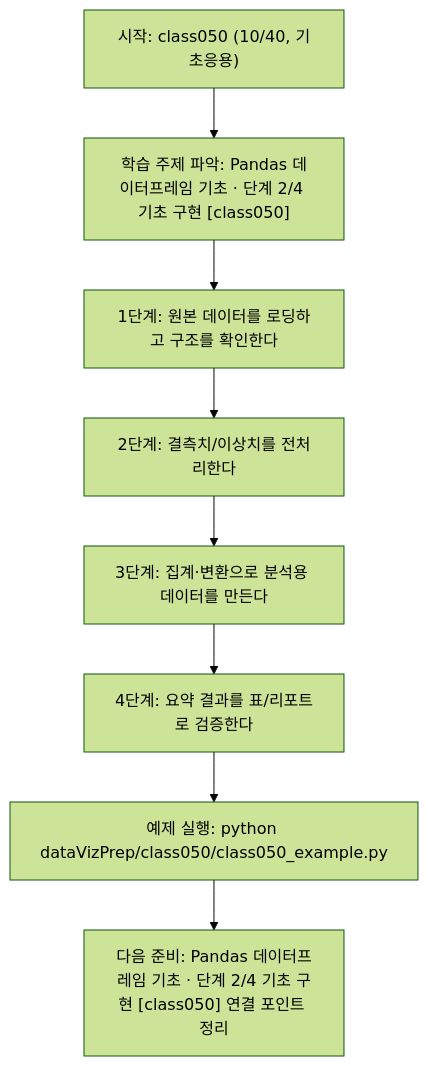
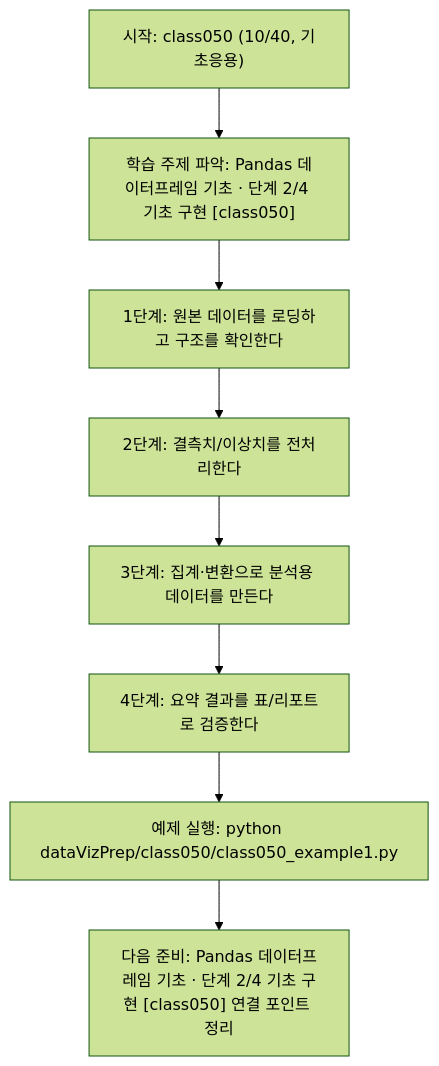
Before and after one commit to edumgt/Python-AI_Agent-Class: the diagram in dataVizPrep/class050/class050.md, drawn with Mermaid (forest theme). The commit also changed other lines of this file and 2959 other files, not shown here.

````diff
--- a/dataVizPrep/class050/class050.md
+++ b/dataVizPrep/class050/class050.md
@@ -111,18 +111,18 @@
 ```mermaid
 flowchart TD
 N1["시작: class050 (10/40, 기초응용)"]
 N2["학습 주제 파악: Pandas 데이터프레임 기초 · 단계 2/4 기초 구현 [class050]"]
 N3["1단계: 원본 데이터를 로딩하고 구조를 확인한다"]
 N4["2단계: 결측치/이상치를 전처리한다"]
 N5["3단계: 집계·변환으로 분석용 데이터를 만든다"]
 N6["4단계: 요약 결과를 표/리포트로 검증한다"]
-N7["예제 실행: python dataVizPrep/class050/class050_example.py"]
+N7["예제 실행: python dataVizPrep/class050/class050_example1.py"]
 N8["다음 준비: Pandas 데이터프레임 기초 · 단계 2/4 기초 구현 [class050] 연결 포인트 정리"]
 N1 --> N2
 N2 --> N3
 N3 --> N4
 N4 --> N5
 N5 --> N6
 N6 --> N7
 N7 --> N8
 ```
````
